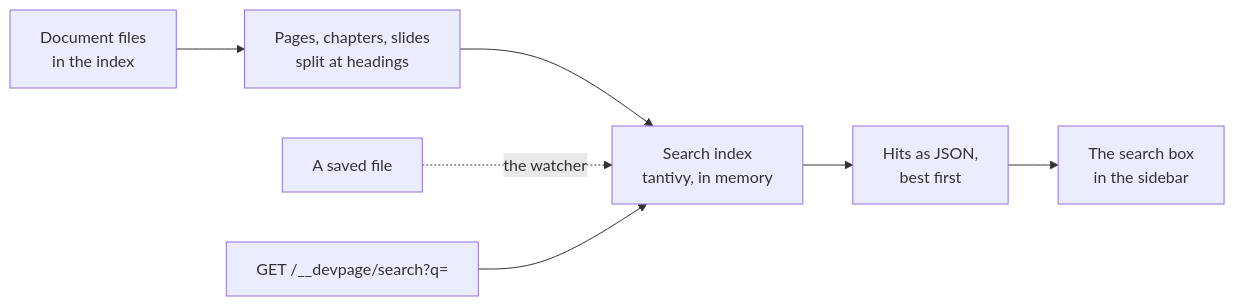
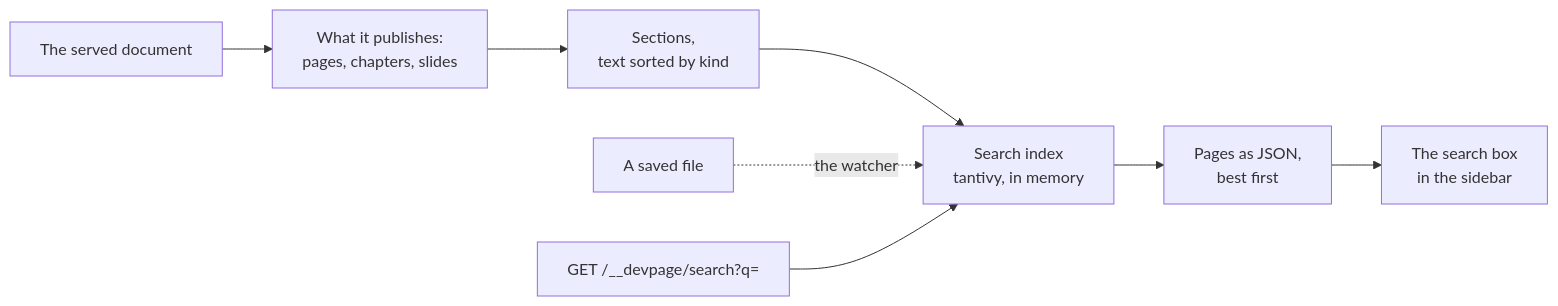
One commit to andrei512/devpage changed the diagram in docs/boxes/viewer/search/README.md. Above: the diagram before and after it, drawn with Mermaid. The commit also changed other lines of this file and 139 other files, not shown here.

First line of the commit message:
Search ranks what a reader means, grouped by page

````diff
--- a/docs/boxes/viewer/search/README.md
+++ b/docs/boxes/viewer/search/README.md
@@ -11,15 +12,17 @@
 ```mermaid
 flowchart LR
-  docs["Document files<br/>in the index"] --> sections["Pages, chapters, slides<br/>split at headings"]
+  entry["The served document"] --> scope["What it publishes:<br/>pages, chapters, slides"]
+  scope --> sections["Sections,<br/>text sorted by kind"]
   sections --> search["Search index<br/>tantivy, in memory"]
   save["A saved file"] -. "the watcher" .-> search
   query["GET /__devpage/search?q="] --> search
-  search --> hits["Hits as JSON,<br/>best first"]
-  hits --> box["The search box<br/>in the sidebar"]
-  click docs href "../document-index/README.md#the-index" "The index"
+  search --> pages["Pages as JSON,<br/>best first"]
+  pages --> box["The search box<br/>in the sidebar"]
+  click entry href "../document-index/README.md#the-index" "The index"
+  click scope href "#what-is-searched" "What is searched"
   click sections href "#what-is-indexed" "What is indexed"
   click save href "#how-it-stays-current" "How it stays current"
-  click query href "#the-endpoint" "The endpoint"
-  click hits href "#the-endpoint" "The endpoint"
+  click query href "#the-query" "The query"
+  click pages href "#the-endpoint" "The endpoint"
   click box href "#the-search-box" "The search box"
 ```
````
